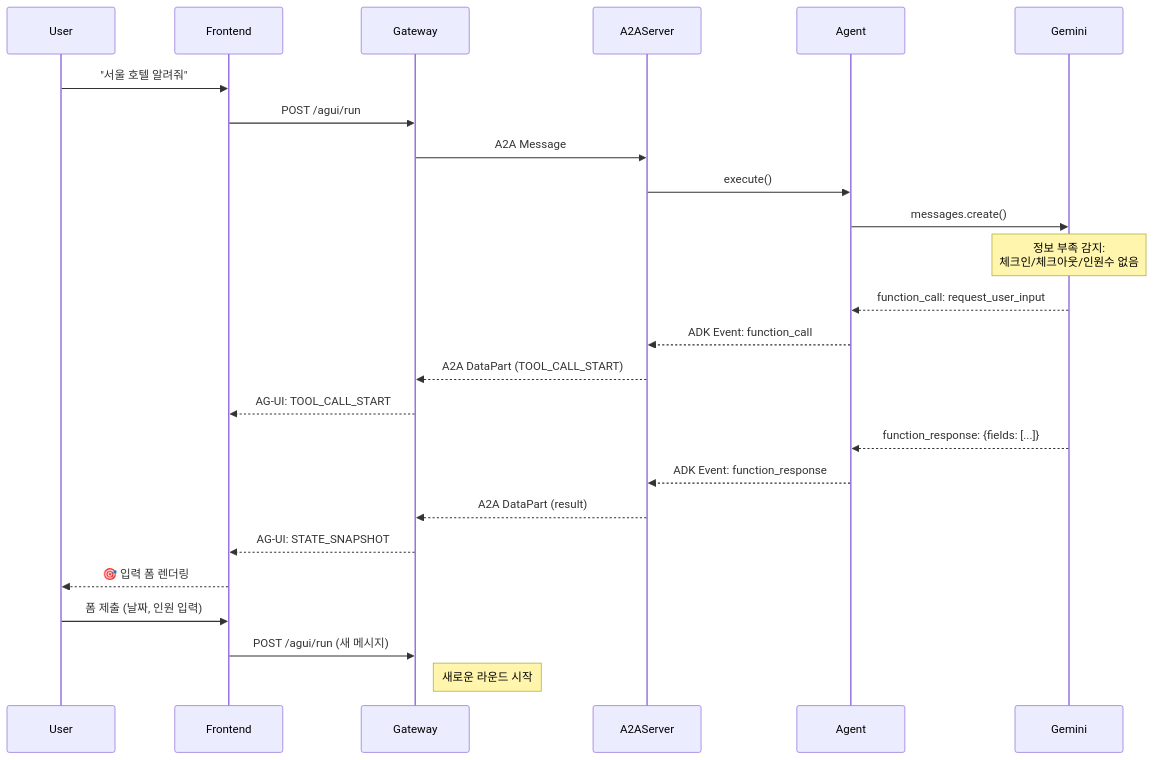
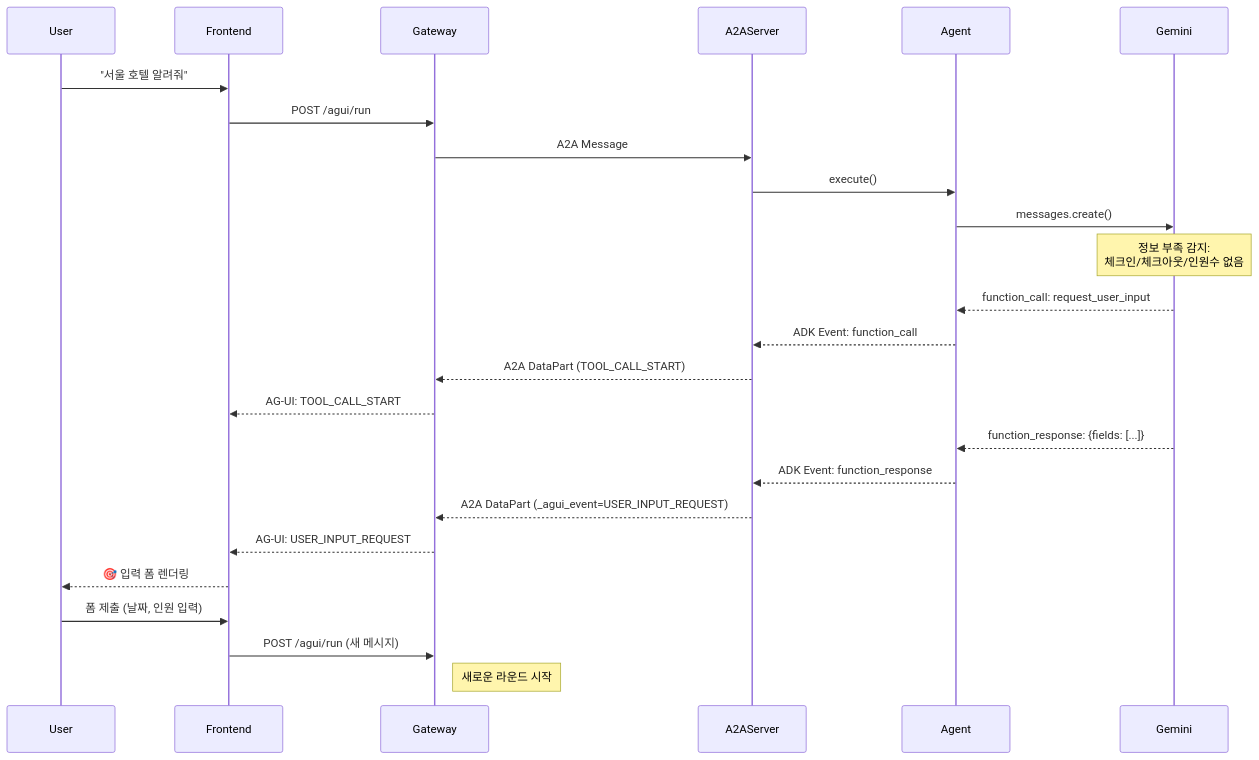
Before and after one commit to park-kitae/travel-agui: the third of 3 diagrams in COMMUNICATION_FLOW.md, drawn with Mermaid. The commit also changed other lines of this file and 17 other files, not shown here.

````diff
--- a/COMMUNICATION_FLOW.md
+++ b/COMMUNICATION_FLOW.md
@@ -992,32 +922,32 @@
 ```mermaid
 sequenceDiagram
     participant User
     participant Frontend
     participant Gateway
     participant A2AServer
     participant Agent
     participant Gemini
 
     User->>Frontend: "서울 호텔 알려줘"
     Frontend->>Gateway: POST /agui/run
     Gateway->>A2AServer: A2A Message
     A2AServer->>Agent: execute()
     Agent->>Gemini: messages.create()
 
     Note over Gemini: 정보 부족 감지:<br/>체크인/체크아웃/인원수 없음
 
     Gemini-->>Agent: function_call: request_user_input
     Agent-->>A2AServer: ADK Event: function_call
     A2AServer-->>Gateway: A2A DataPart (TOOL_CALL_START)
     Gateway-->>Frontend: AG-UI: TOOL_CALL_START
 
     Gemini-->>Agent: function_response: {fields: [...]}
     Agent-->>A2AServer: ADK Event: function_response
-    A2AServer-->>Gateway: A2A DataPart (result)
-    Gateway-->>Frontend: AG-UI: STATE_SNAPSHOT
+    A2AServer-->>Gateway: A2A DataPart (_agui_event=USER_INPUT_REQUEST)
+    Gateway-->>Frontend: AG-UI: USER_INPUT_REQUEST
     Frontend-->>User: 🎯 입력 폼 렌더링
 
     User->>Frontend: 폼 제출 (날짜, 인원 입력)
     Frontend->>Gateway: POST /agui/run (새 메시지)
     Note right of Gateway: 새로운 라운드 시작
 ```
````
